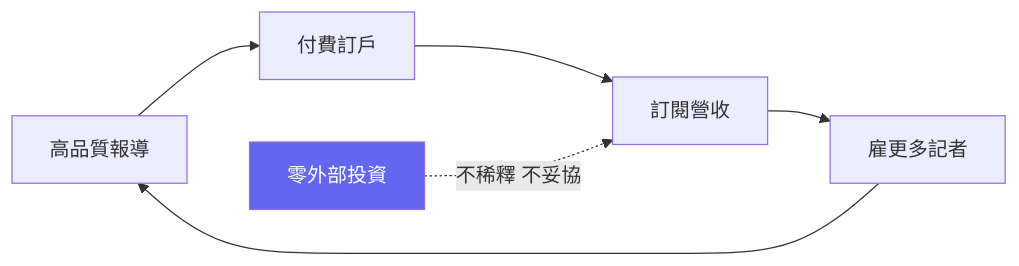
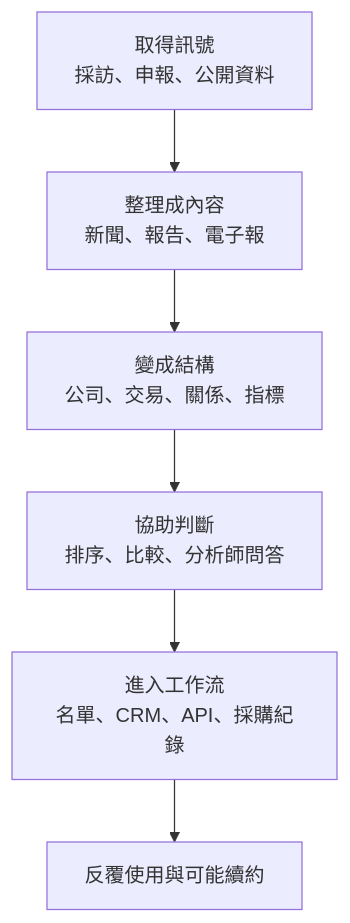
One commit to vincentxuu/quidproquo changed the first of 3 diagrams in src/content/posts/product/2026-09-16-b2b-intelligence-business.md. Above: the diagram before and after it, drawn with Mermaid. The commit also changed other lines of this file and 108 other files, not shown here.

````diff
--- a/src/content/posts/product/2026-09-16-b2b-intelligence-business.md
+++ b/src/content/posts/product/2026-09-16-b2b-intelligence-business.md
@@ -64,9 +28,8 @@
 ```mermaid
-graph LR
-    A[高品質報導] --> B[付費訂戶]
-    B --> C[訂閱營收]
-    C --> D[雇更多記者]
-    D --> A
-    E[零外部投資] -.->|不稀釋 不妥協| C
-    style E fill:#6366f1,color:#fff
+flowchart TD
+    A[取得訊號<br/>採訪、申報、公開資料] --> B[整理成內容<br/>新聞、報告、電子報]
+    B --> C[變成結構<br/>公司、交易、關係、指標]
+    C --> D[協助判斷<br/>排序、比較、分析師問答]
+    D --> E[進入工作流<br/>名單、CRM、API、採購紀錄]
+    E --> F[反覆使用與可能續約]
 ```
````
